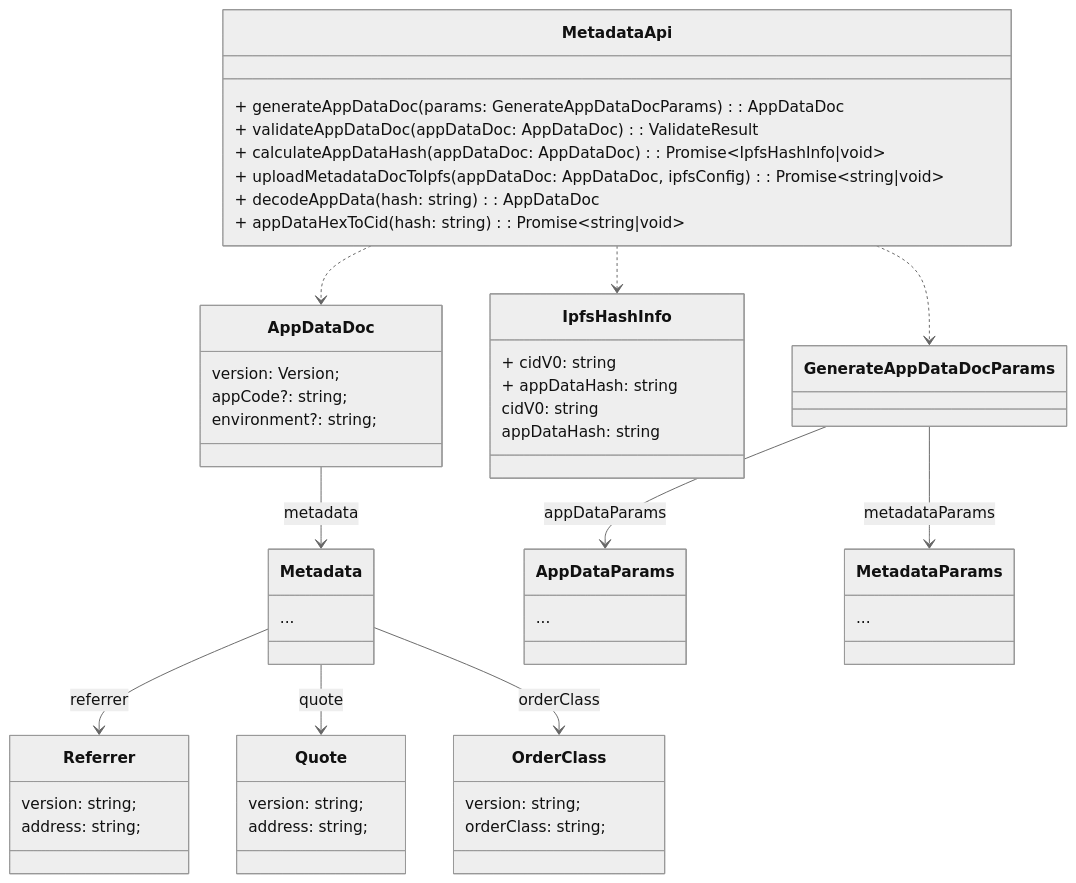
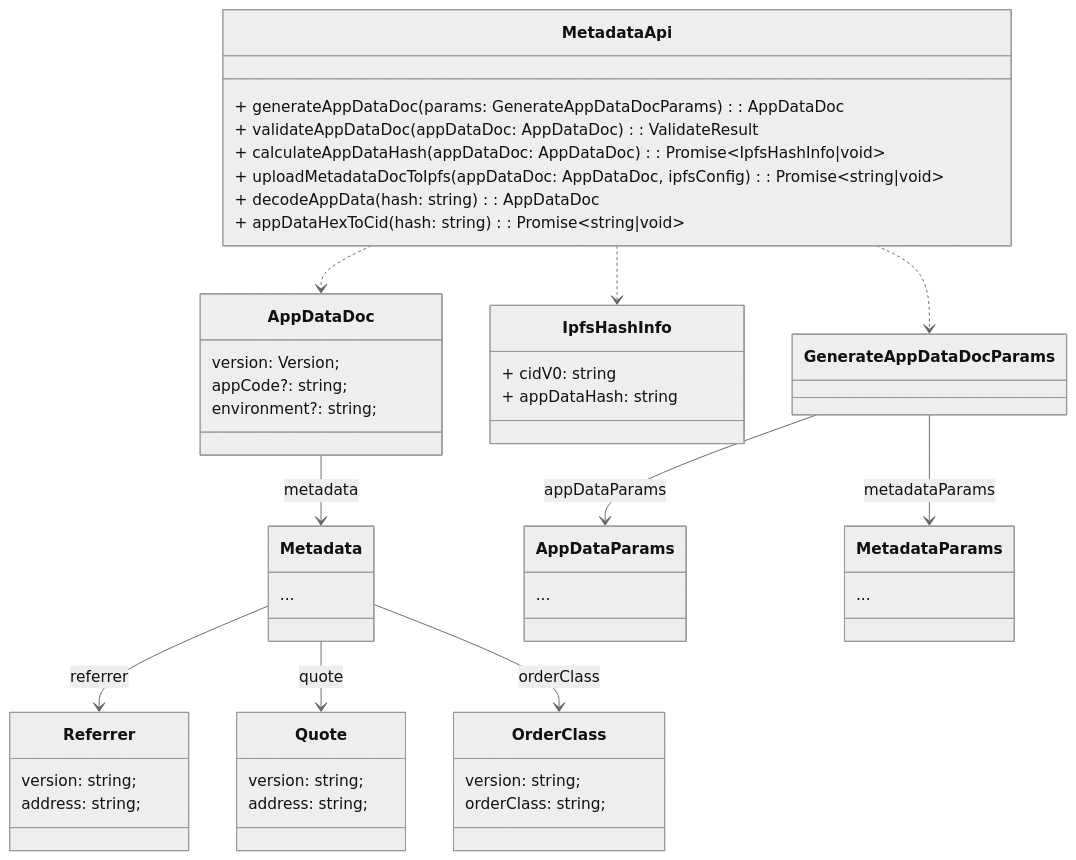
Before and after one commit to cowprotocol/cow-sdk: the seventh of 7 diagrams in docs/architecture.md, drawn with Mermaid (neutral theme).

Commit message:
Remove redundant

````diff
--- a/docs/architecture.md
+++ b/docs/architecture.md
@@ -287,74 +287,67 @@
 ```mermaid
 classDiagram
 
 class MetadataApi {
   + generateAppDataDoc(params: GenerateAppDataDocParams): AppDataDoc
   + validateAppDataDoc(appDataDoc: AppDataDoc): ValidateResult
   + calculateAppDataHash(appDataDoc: AppDataDoc): Promise~IpfsHashInfo|void~
   + uploadMetadataDocToIpfs(appDataDoc: AppDataDoc, ipfsConfig): Promise~string|void~
   + decodeAppData(hash: string): AppDataDoc
   + appDataHexToCid(hash: string): Promise~string|void~
 }
 
 class AppDataDoc {
   version: Version;
   appCode?: string;
   environment?: string;
 }
 
 AppDataDoc --> Metadata: metadata
 
 class Referrer {
   version: string;
   address: string;
 }
 
 class Quote {
   version: string;
   address: string;
 }
 
 class IpfsHashInfo {
   + cidV0: string
   + appDataHash: string
 }
 
-MetadataApi ..> IpfsHashInfo
-
-
 class OrderClass {
   version: string;
   orderClass: string;
 }
 
 class AppDataParams {
   ...
 }
 
 
 class Metadata {
   ...
 }
 
 class MetadataParams {
   ...
 }
 
-class IpfsHashInfo {
-  cidV0: string
-  appDataHash: string
-}
 
-
+MetadataApi ..> IpfsHashInfo
 MetadataApi ..> GenerateAppDataDocParams
 MetadataApi ..> AppDataDoc
 
 GenerateAppDataDocParams --> AppDataParams: appDataParams
 GenerateAppDataDocParams --> MetadataParams: metadataParams
 
 
 
 Metadata --> Referrer: referrer
 Metadata --> Quote: quote
 Metadata --> OrderClass: orderClass
 ```
````
